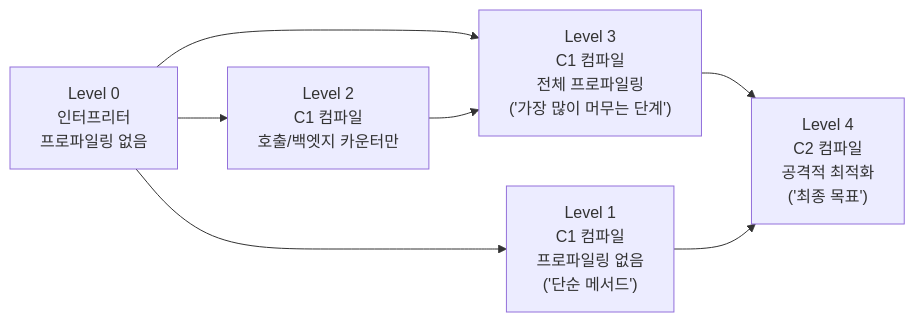
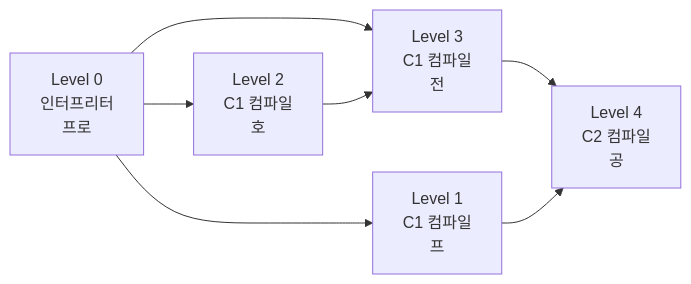
The second of 2 diagrams in _posts/java/2026-05-02-java-jit-compiler.md (yjkim2015/yjkim2015.github.io), drawn with Mermaid before and after one commit. The commit also changed 271 other files, not shown here.

First line of the commit message:
Mermaid 라벨 축소: 긴 노드 텍스트 18자 이하로 트림 + \n 제거

````diff
--- a/_posts/java/2026-05-02-java-jit-compiler.md
+++ b/_posts/java/2026-05-02-java-jit-compiler.md
@@ -265,10 +265,10 @@
 ```mermaid
 flowchart LR
-    L0["Level 0\n인터프리터\n프로파일링 없음"]
-    --> L1["Level 1\nC1 컴파일\n프로파일링 없음\n('단순 메서드')"]
-    L0 --> L2["Level 2\nC1 컴파일\n호출/백엣지 카운터만"]
-    L0 --> L3["Level 3\nC1 컴파일\n전체 프로파일링\n('가장 많이 머무는 단계')"]
-    L3 --> L4["Level 4\nC2 컴파일\n공격적 최적화\n('최종 목표')"]
+    L0["Level 0\n인터프리터\n프로"]
+    --> L1["Level 1\nC1 컴파일\n프"]
+    L0 --> L2["Level 2\nC1 컴파일\n호"]
+    L0 --> L3["Level 3\nC1 컴파일\n전"]
+    L3 --> L4["Level 4\nC2 컴파일\n공"]
     L2 --> L3
     L1 --> L4
 ```
````
